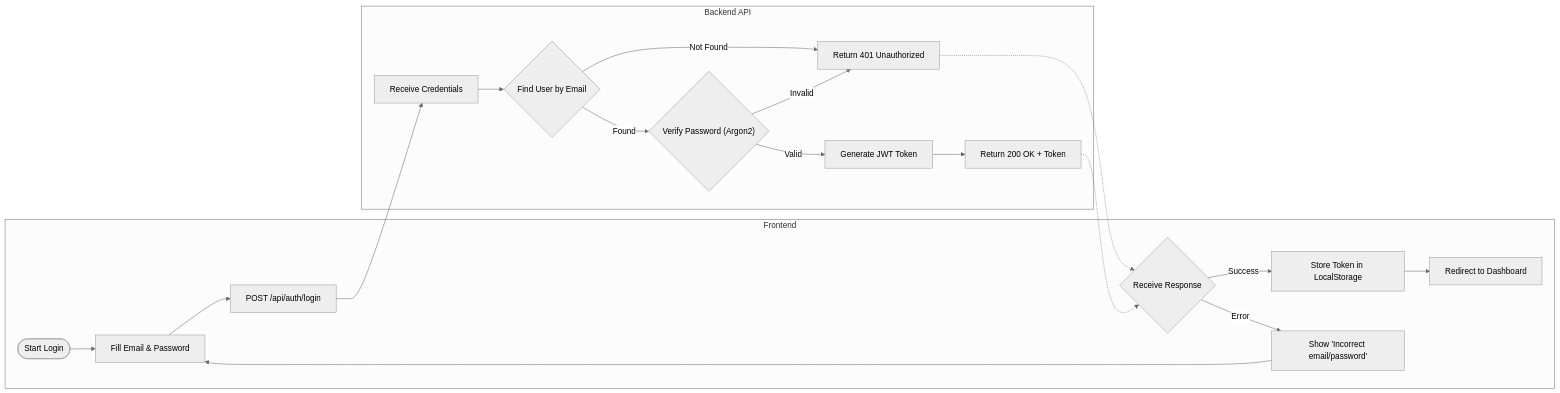
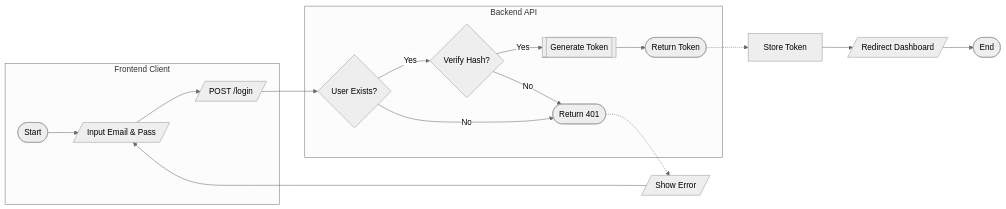
Before and after one commit to affanrk/ecg-puskesmas: the second of 9 diagrams in SYSTEM_FLOWS.md, drawn with Mermaid (neutral theme). The commit also changed other lines of this file, not shown here.

Commit message:
Update System Flow

````diff
--- a/SYSTEM_FLOWS.md
+++ b/SYSTEM_FLOWS.md
@@ -43,24 +45,22 @@
 ```mermaid
 flowchart LR
-    subgraph Frontend [Frontend]
-        StartLogin([Start Login]) --> FillLogin[Fill Email & Password]
-        FillLogin --> SendLoginReq["POST /api/auth/login"]
-        RecvLoginRes{"Receive Response"} -->|Success| StoreToken[Store Token in LocalStorage]
-        RecvLoginRes -->|Error| ShowLoginError["Show 'Incorrect email/password'"]
-        StoreToken --> RedirectDash[Redirect to Dashboard]
-        ShowLoginError --> FillLogin
+    subgraph Frontend [Frontend Client]
+        StartLogin([Start]) --> InputCreds[/Input Email & Pass/]
+        InputCreds --> SendLogin[/POST /login/]
     end
 
     subgraph Backend [Backend API]
-        SendLoginReq --> API_Login[Receive Credentials]
-        API_Login --> FindUser{"Find User by Email"}
-        FindUser -- Not Found --> Ret401[Return 401 Unauthorized]
-        FindUser -- Found --> VerifyPwd{"Verify Password (Argon2)"}
-        VerifyPwd -- Invalid --> Ret401
-        VerifyPwd -- Valid --> GenJWT[Generate JWT Token]
-        GenJWT --> RetToken[Return 200 OK + Token]
+        SendLogin --> FindUser{"User Exists?"}
+        FindUser -- No --> Ret401([Return 401])
+        FindUser -- Yes --> VerifyPass{"Verify Hash?"}
+        VerifyPass -- No --> Ret401
+        VerifyPass -- Yes --> GenJWT[[Generate Token]]
+        GenJWT --> RetToken([Return Token])
     end
 
-    Ret401 -.-> RecvLoginRes
-    RetToken -.-> RecvLoginRes
+    Ret401 -.-> ShowLoginErr[/Show Error/]
+    ShowLoginErr --> InputCreds
+    RetToken -.-> SaveLocally[Store Token]
+    SaveLocally --> RedirDash[/Redirect Dashboard/]
+    RedirDash --> EndLogin([End])
 ```
````
